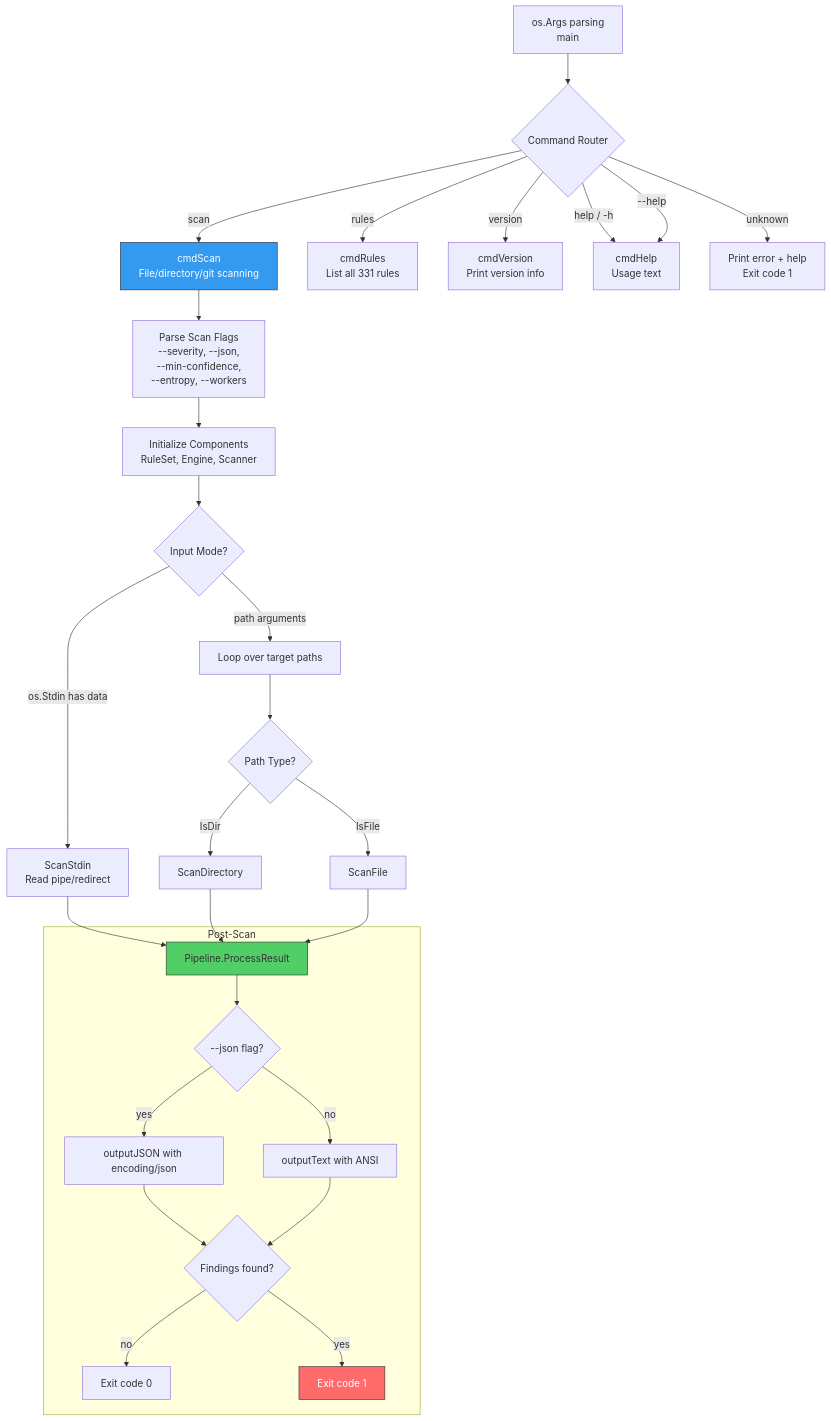
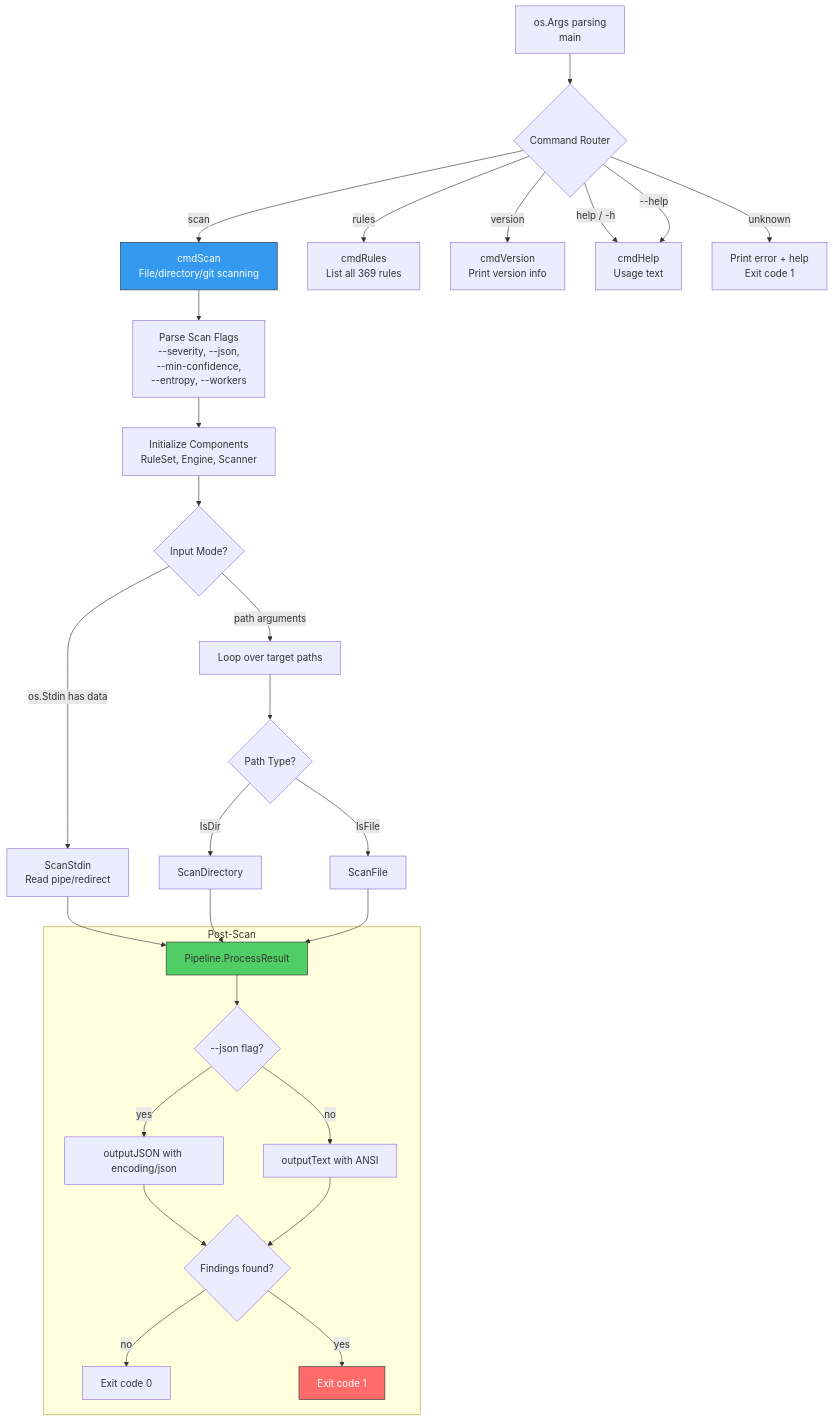
The fifth of 60 diagrams in docs/training/00-System-Design.md (svemulapati/CredVigil), drawn with Mermaid before and after one commit. The commit also changed other lines of this file and 20 other files, not shown here.

````diff
--- a/docs/training/00-System-Design.md
+++ b/docs/training/00-System-Design.md
@@ -320,47 +320,47 @@
 ```mermaid
 graph TD
     ENTRY["os.Args parsing<br/>main"] --> ROUTE{"Command Router"}
 
     ROUTE -->|"scan"| SCAN["cmdScan<br/>File/directory/git scanning"]
-    ROUTE -->|"rules"| RULES["cmdRules<br/>List all 331 rules"]
+    ROUTE -->|"rules"| RULES["cmdRules<br/>List all 369 rules"]
     ROUTE -->|"version"| VER["cmdVersion<br/>Print version info"]
     ROUTE -->|"help / -h"| HELP["cmdHelp<br/>Usage text"]
     ROUTE -->|"--help"| HELP
     ROUTE -->|"unknown"| ERR["Print error + help<br/>Exit code 1"]
 
     SCAN --> FLAGS["Parse Scan Flags<br/>--severity, --json,<br/>--min-confidence,<br/>--entropy, --workers"]
     FLAGS --> INIT["Initialize Components<br/>RuleSet, Engine, Scanner"]
     INIT --> MODE{"Input Mode?"}
 
     MODE -->|"os.Stdin has data"| STDIN["ScanStdin<br/>Read pipe/redirect"]
     MODE -->|"path arguments"| TARGETS["Loop over target paths"]
 
     TARGETS --> FTYPE{"Path Type?"}
     FTYPE -->|"IsDir"| DIR["ScanDirectory"]
     FTYPE -->|"IsFile"| FILE["ScanFile"]
 
     subgraph "Post-Scan"
         PIPELINE["Pipeline.ProcessResult"]
         OUTPUT{"--json flag?"}
         TEXT["outputText with ANSI"]
         JSON["outputJSON with encoding/json"]
         EXIT{"Findings found?"}
         EXIT0["Exit code 0"]
         EXIT1["Exit code 1"]
     end
 
     STDIN --> PIPELINE
     DIR --> PIPELINE
     FILE --> PIPELINE
     PIPELINE --> OUTPUT
     OUTPUT -->|yes| JSON
     OUTPUT -->|no| TEXT
     JSON --> EXIT
     TEXT --> EXIT
     EXIT -->|no| EXIT0
     EXIT -->|yes| EXIT1
 
     style SCAN fill:#339af0,stroke:#333,color:#fff
     style PIPELINE fill:#51cf66,stroke:#333
     style EXIT1 fill:#ff6b6b,stroke:#333,color:#fff
 ```
````
